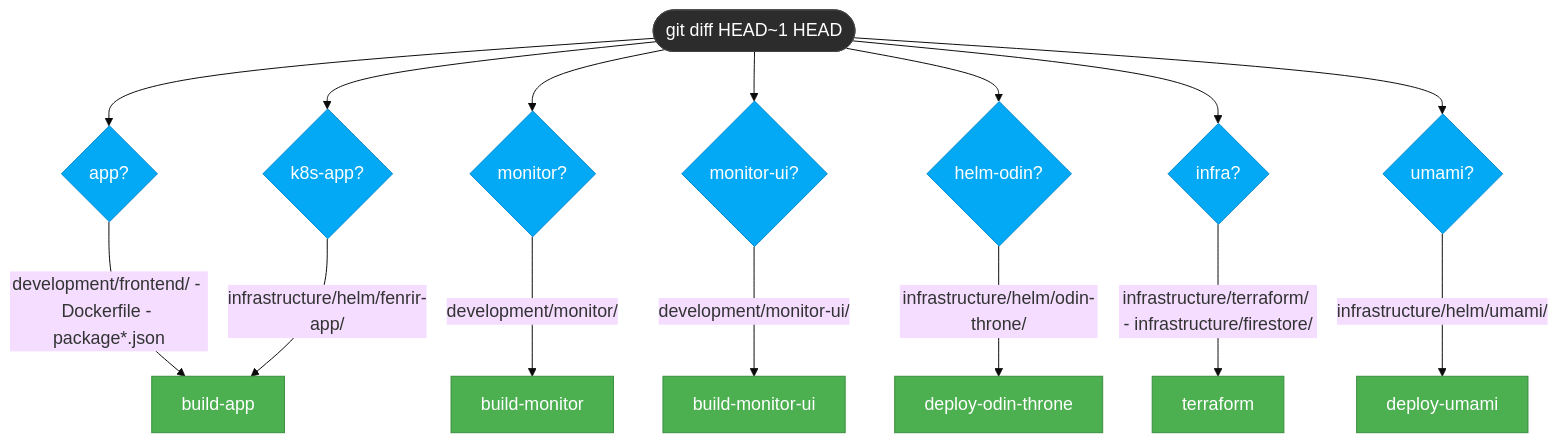
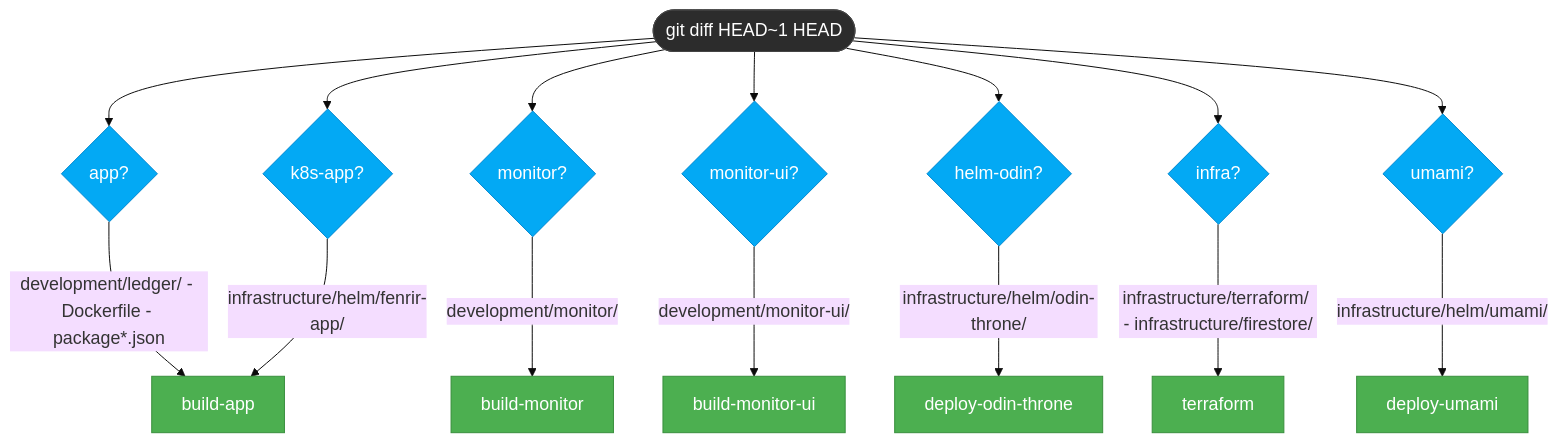
The second of 6 diagrams in development/docs/github-workflows.md (declanshanaghy/fenrir-ledger), drawn with Mermaid before and after one commit. The commit also changed other lines of this file and 634 other files, not shown here.

First line of the commit message:
feat: rename development/frontend to development/ledger — issue:1749

````diff
--- a/development/docs/github-workflows.md
+++ b/development/docs/github-workflows.md
@@ -39,27 +39,27 @@
 ```mermaid
 %%{init: {'theme': 'base', 'themeVariables': {'fontSize': '18px'}}}%%
 graph TD
     classDef primary fill:#03A9F4,stroke:#0288D1,color:#FFF
     classDef healthy fill:#4CAF50,stroke:#388E3C,color:#FFF
     classDef background fill:#2C2C2C,stroke:#444,color:#FFF
 
     diff([git diff HEAD~1 HEAD]) --> app{app?}
     diff --> k8sapp{k8s-app?}
     diff --> monitor{monitor?}
     diff --> monui{monitor-ui?}
     diff --> helmodin{helm-odin?}
     diff --> infra{infra?}
     diff --> umami{umami?}
 
-    app -->|"development/frontend/ - Dockerfile - package*.json"| build-app[build-app]
+    app -->|"development/ledger/ - Dockerfile - package*.json"| build-app[build-app]
     k8sapp -->|"infrastructure/helm/fenrir-app/"| build-app
     monitor -->|"development/monitor/"| build-monitor[build-monitor]
     monui -->|"development/monitor-ui/"| build-monitor-ui[build-monitor-ui]
     helmodin -->|"infrastructure/helm/odin-throne/"| deploy-odin[deploy-odin-throne]
     infra -->|"infrastructure/terraform/ - infrastructure/firestore/"| terraform[terraform]
     umami -->|"infrastructure/helm/umami/"| deploy-umami[deploy-umami]
 
     class diff background
     class app,k8sapp,monitor,monui,helmodin,infra,umami primary
     class build-app,build-monitor,build-monitor-ui,deploy-odin,terraform,deploy-umami healthy
 ```
````
